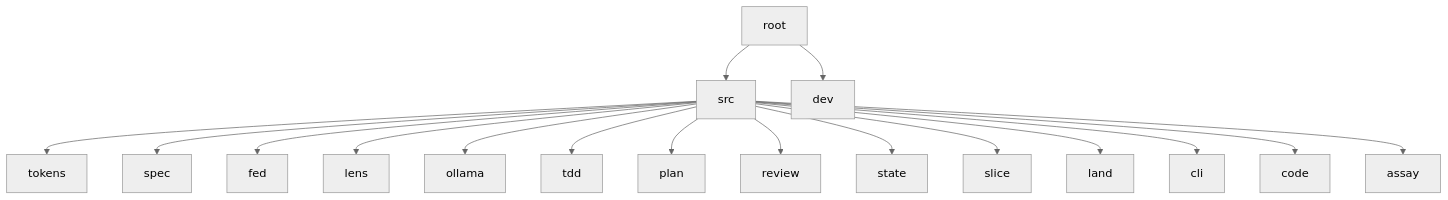
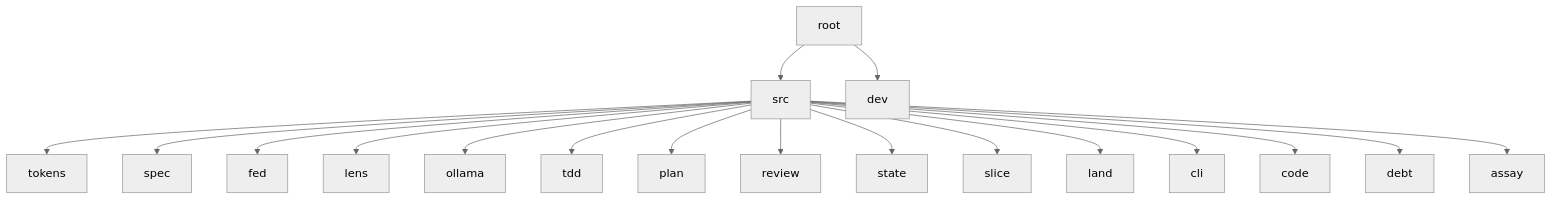
One commit to pr0d1r2/sherd changed the diagram in README.md. Above: the diagram before and after it, drawn with Mermaid (neutral theme). The commit also changed other lines of this file and 26 other files, not shown here.

First line of the commit message:
promote src/debt -- one statement of what the gate reads

````diff
--- a/README.md
+++ b/README.md
@@ -108,36 +109,38 @@
 ```mermaid
 graph TD
     root[root]
     src[src]
     dev[dev]
     src_tokens[tokens]
     src_spec[spec]
     src_fed[fed]
     src_lens[lens]
     src_ollama[ollama]
     src_tdd[tdd]
     src_plan[plan]
     src_review[review]
     src_state[state]
     src_slice[slice]
     src_land[land]
     src_cli[cli]
     src_code[code]
+    src_debt[debt]
     src_assay[assay]
     root --> src
     root --> dev
     src --> src_tokens
     src --> src_spec
     src --> src_fed
     src --> src_lens
     src --> src_ollama
     src --> src_tdd
     src --> src_plan
     src --> src_review
     src --> src_state
     src --> src_slice
     src --> src_land
     src --> src_cli
     src --> src_code
+    src --> src_debt
     src --> src_assay
 ```
````
